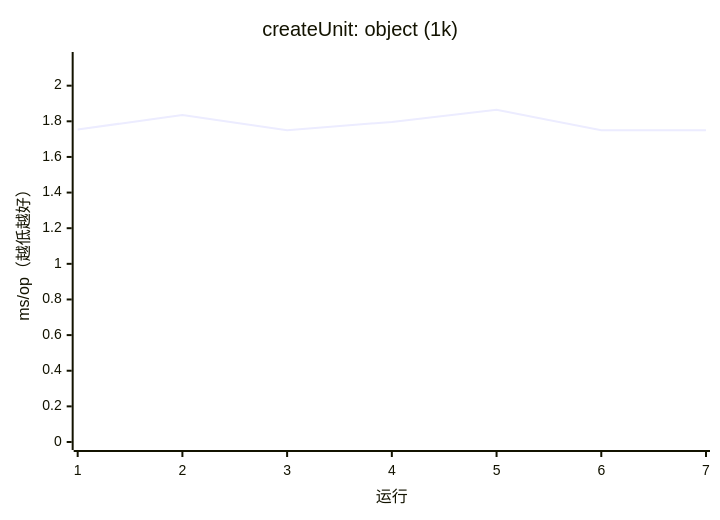
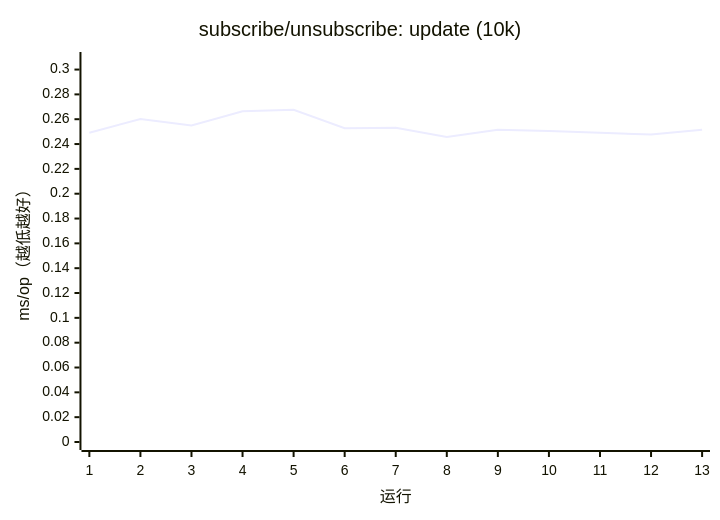
Before and after one commit to AIluffy/io: diagram 13 of 17 in apps/docs/src/content/docs/guides/benchmark.mdx, drawn with Mermaid. The commit also changed other lines of this file and 11 other files, not shown here.

````diff
--- a/apps/docs/src/content/docs/guides/benchmark.mdx
+++ b/apps/docs/src/content/docs/guides/benchmark.mdx
@@ -268,7 +355,7 @@
 ```mermaid
 xychart-beta
-  title "createUnit: object (1k)"
-  x-axis "运行" [1, 2, 3, 4, 5, 6, 7]
-  y-axis "ms/op（越低越好）" 0 --> 2.1441
-  line [1.7544, 1.8351, 1.7504, 1.7963, 1.8644, 1.7495, 1.7498]
+  title "subscribe/unsubscribe: update (10k)"
+  x-axis "运行" [1, 2, 3, 4, 5, 6, 7, 8, 9, 10, 11, 12, 13]
+  y-axis "ms/op（越低越好）" 0 --> 0.3077
+  line [0.2491, 0.2601, 0.2549, 0.2664, 0.2676, 0.2528, 0.2531, 0.2456, 0.2515, 0.2505, 0.2491, 0.2476, 0.2516]
 ```
````
